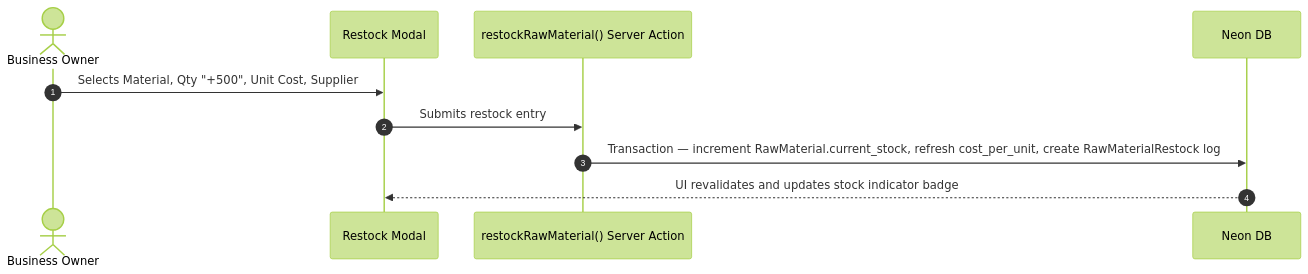
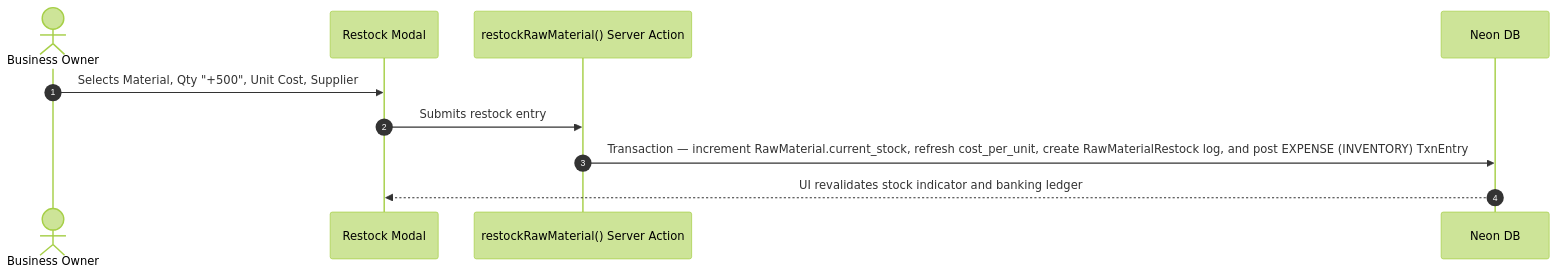
The fifth of 7 diagrams in docs/architecture.md (hashir1313/invento), drawn with Mermaid (forest theme) before and after one commit. The commit also changed other lines of this file and 6 other files, not shown here.

Commit message:
docs: sync documentation with multi-item sales and double-entry banking ledger

````diff
--- a/docs/architecture.md
+++ b/docs/architecture.md
@@ -102,13 +137,13 @@
 ```mermaid
 sequenceDiagram
     autonumber
     actor Owner as Business Owner
     participant UI as Restock Modal
     participant Action as restockRawMaterial() Server Action
     participant DB as Neon DB
 
     Owner->>UI: Selects Material, Qty "+500", Unit Cost, Supplier
     UI->>Action: Submits restock entry
-    Action->>DB: Transaction — increment RawMaterial.current_stock, refresh cost_per_unit, create RawMaterialRestock log
-    DB-->>UI: UI revalidates and updates stock indicator badge
+    Action->>DB: Transaction — increment RawMaterial.current_stock, refresh cost_per_unit, create RawMaterialRestock log, and post EXPENSE (INVENTORY) TxnEntry
+    DB-->>UI: UI revalidates stock indicator and banking ledger
 ```
````
